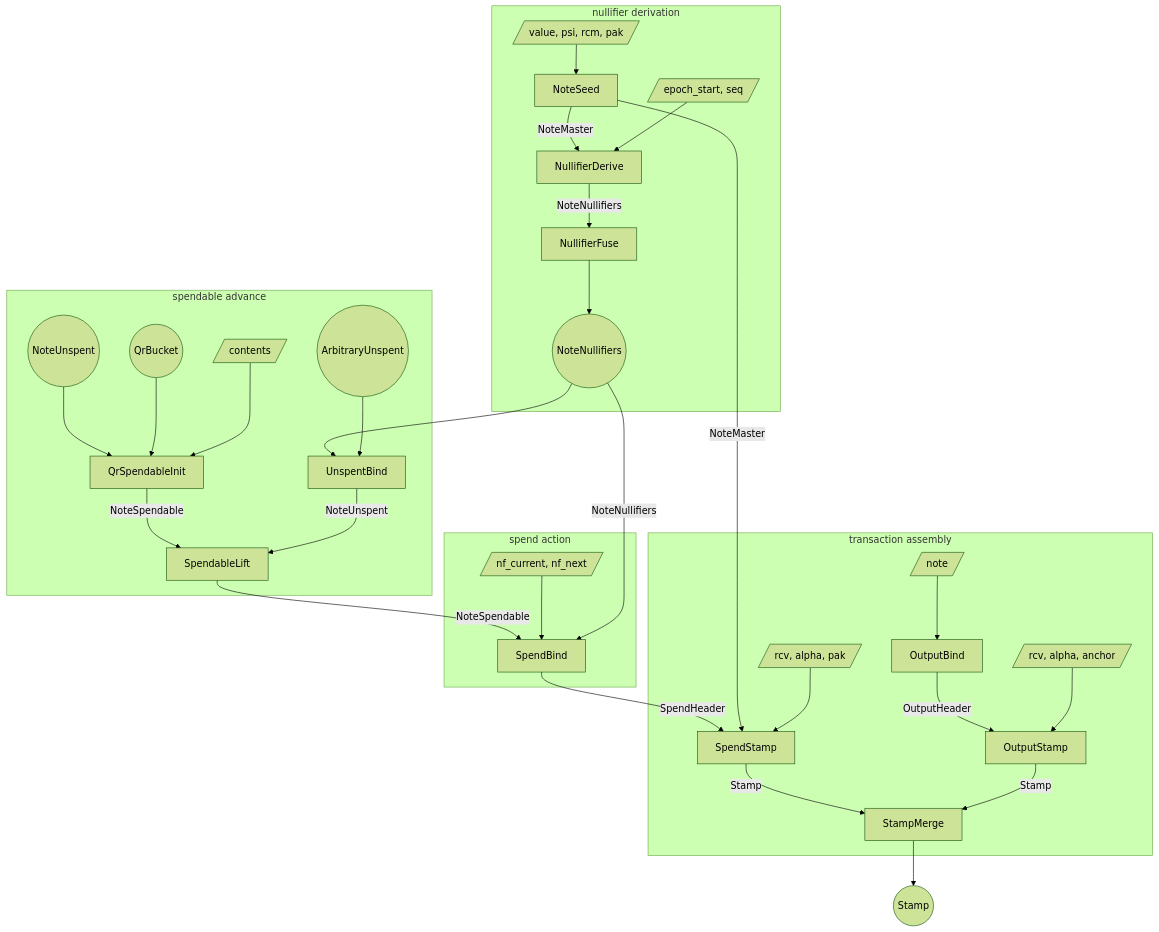
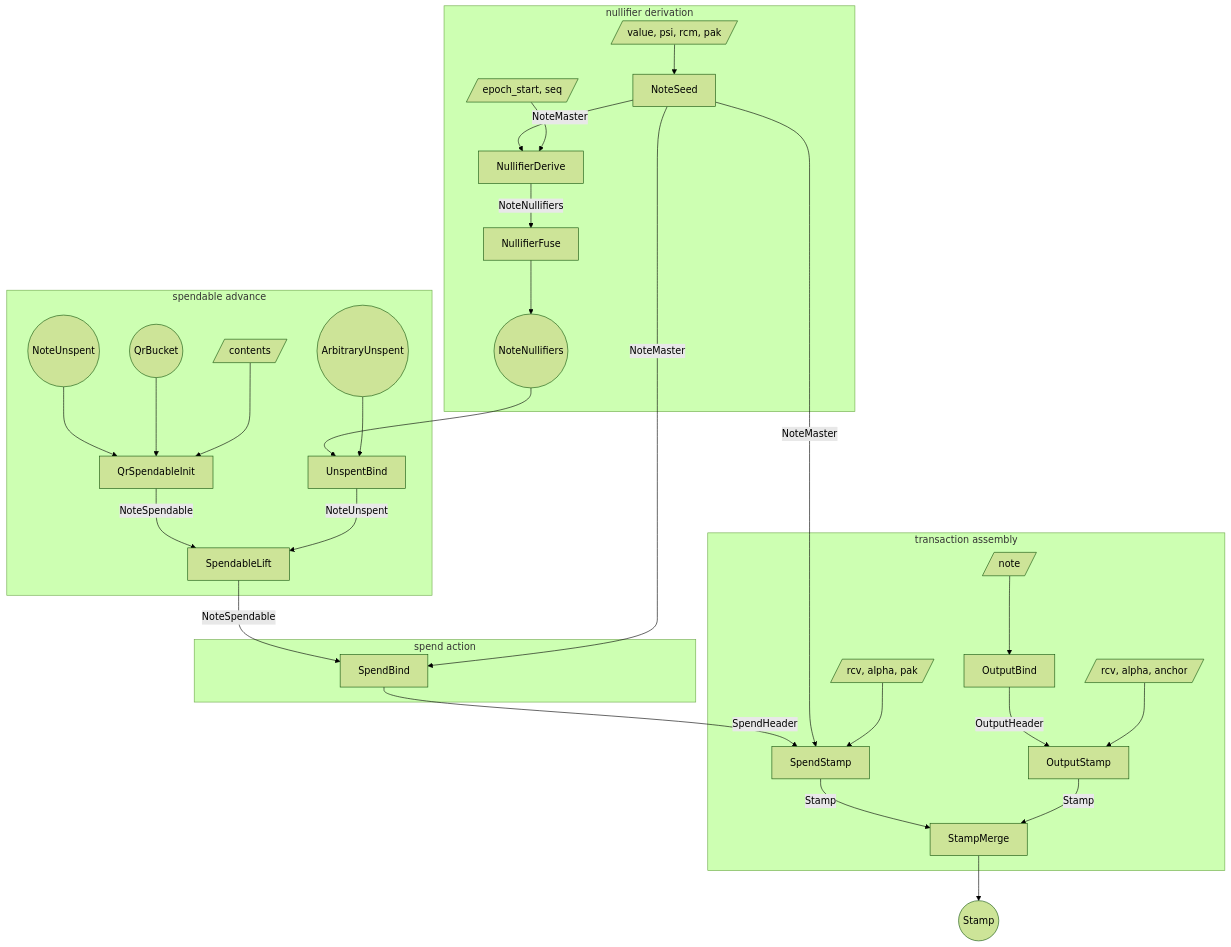
Before and after one commit to tachyon-zcash/tachyon: the first of 3 diagrams in book/src/proof-tree.md, drawn with Mermaid (forest theme). The commit also changed other lines of this file and 9 other files, not shown here.

````diff
--- a/book/src/proof-tree.md
+++ b/book/src/proof-tree.md
@@ -289,66 +287,64 @@
 ```mermaid
 flowchart TB
   subgraph derive [nullifier derivation]
     w_seed[/value, psi, rcm, pak/]
     s_seed[NoteSeed]
     w_window[/epoch_start, seq/]
     s_window[NullifierDerive]
     s_dfuse[NullifierFuse]
     nf_range((NoteNullifiers))
   end
 
   subgraph spendable [spendable advance]
     bucket_in((QrBucket))
     creation_in((NoteUnspent))
     w_init[/contents/]
     s_init[QrSpendableInit]
     unspent_in((ArbitraryUnspent))
     s_unspentbind[UnspentBind]
     s_lift[SpendableLift]
   end
 
   subgraph spend_stamp [spend action]
-    w_bind[/nf_current, nf_next/]
     s_bind[SpendBind]
   end
 
   subgraph merge [transaction assembly]
     w_stamp[/rcv, alpha, pak/]
     s_spendstamp[SpendStamp]
     w_outbind[/note/]
     s_outbind[OutputBind]
     w_output[/rcv, alpha, anchor/]
     s_output[OutputStamp]
     s_merge[StampMerge]
   end
 
   stamp_out((Stamp))
 
   w_seed --> s_seed
   s_seed -->|NoteMaster| s_window
   w_window --> s_window
   s_window -->|NoteNullifiers| s_dfuse
   s_dfuse --> nf_range
 
   creation_in --> s_init
   bucket_in --> s_init
   w_init --> s_init
   nf_range --> s_unspentbind
   unspent_in --> s_unspentbind
   s_init -->|NoteSpendable| s_lift
   s_unspentbind -->|NoteUnspent| s_lift
   s_lift -->|NoteSpendable| s_bind
 
-  w_bind --> s_bind
-  nf_range -->|NoteNullifiers| s_bind
+  s_seed -->|NoteMaster| s_bind
   s_bind -->|SpendHeader| s_spendstamp
   s_seed -->|NoteMaster| s_spendstamp
   w_stamp --> s_spendstamp
 
   w_outbind --> s_outbind
   s_outbind -->|OutputHeader| s_output
   w_output --> s_output
   s_spendstamp -->|Stamp| s_merge
   s_output -->|Stamp| s_merge
   s_merge --> stamp_out
 ```
````
